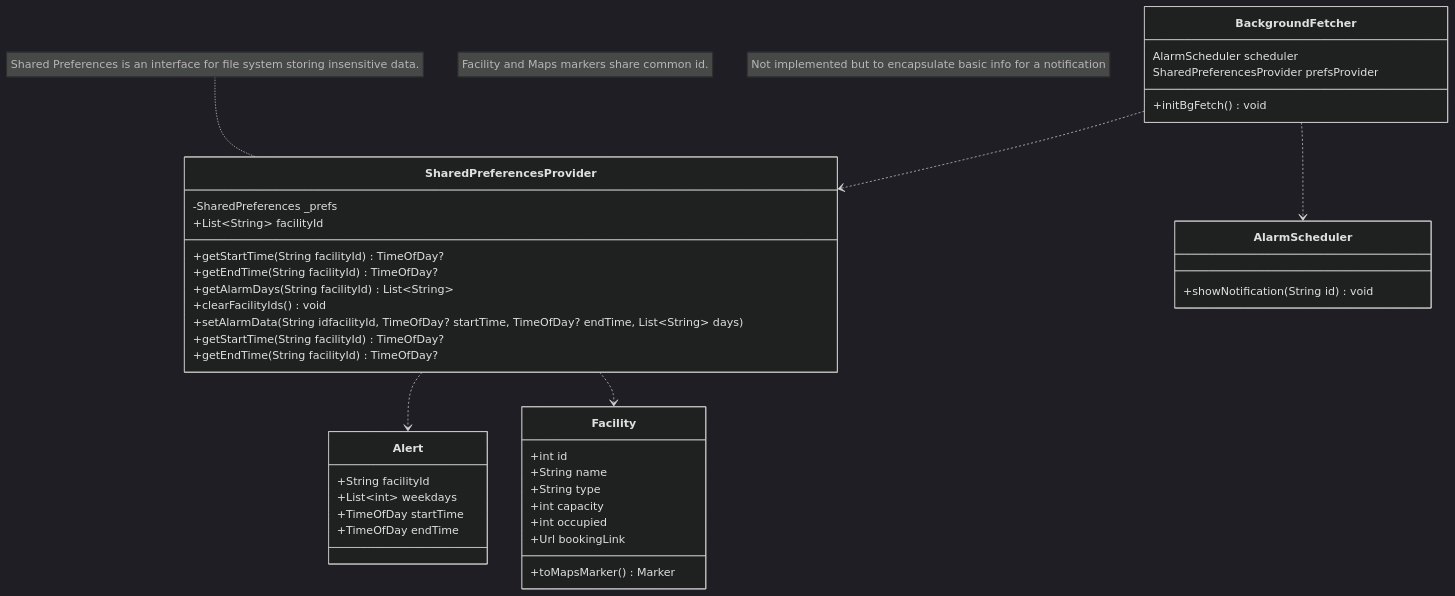
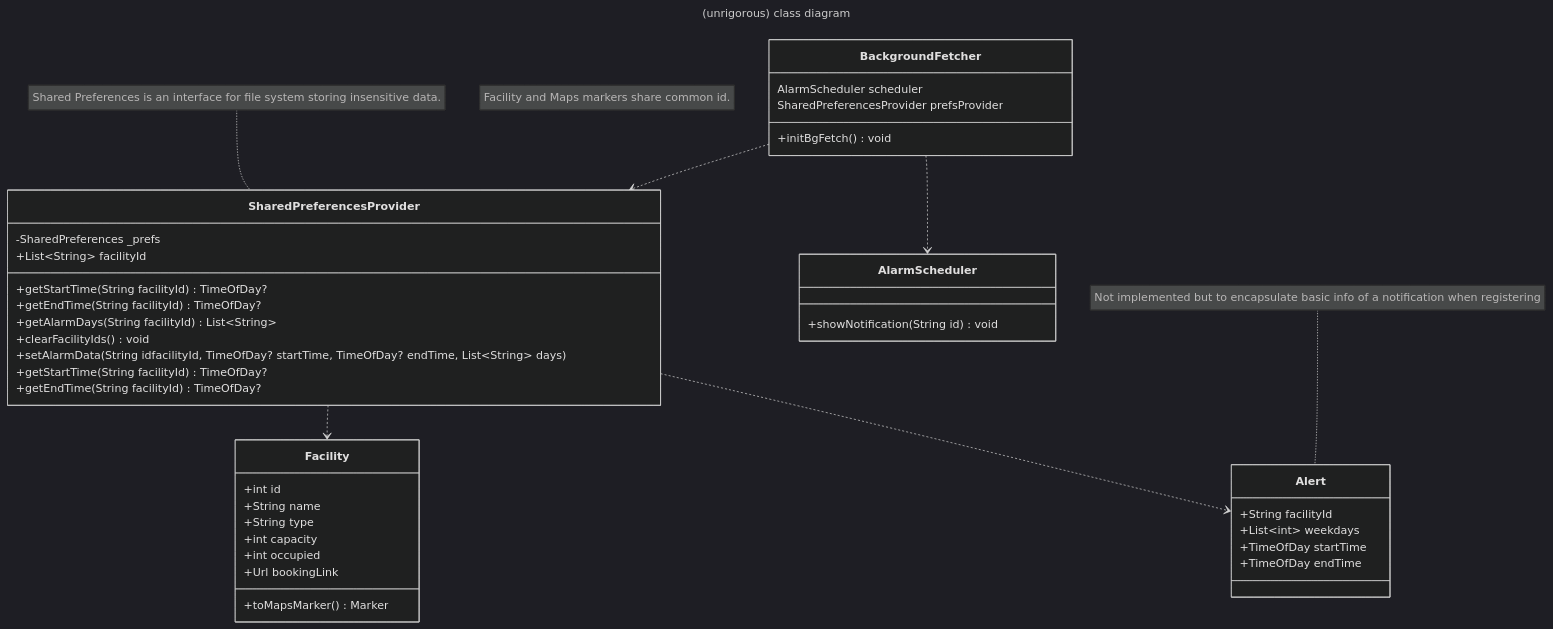
The diagram in class_design.md (LeeHengYu/comp3330-project), drawn with Mermaid (dark theme) before and after one commit.

Commit message:
Update class diagram

````diff
--- a/class_design.md
+++ b/class_design.md
@@ -1,51 +1,54 @@
 ```mermaid
+---
+title: (unrigorous) class diagram
+---
 classDiagram
     note "Facility and Maps markers share common id."
     class Facility {
         +int id
         +String name
         +String type
         +int capacity
         +int occupied
         +Url bookingLink
 
         +toMapsMarker() Marker
     }
 
-    note "Not implemented but to encapsulate basic info for a notification"
+    note for Alert "Not implemented but to encapsulate basic info of a notification when registering"
     class Alert {
         +String facilityId
         +List~int~ weekdays
         +TimeOfDay startTime
         +TimeOfDay endTime
     }
 
     note for SharedPreferencesProvider "Shared Preferences is an interface for file system storing insensitive data."
     class SharedPreferencesProvider {
         -SharedPreferences _prefs
         +List~String~ facilityId
         +getStartTime(String facilityId) TimeOfDay?
         +getEndTime(String facilityId) TimeOfDay?
         +getAlarmDays(String facilityId) List~String~
         +clearFacilityIds() void
         +setAlarmData(String idfacilityId, TimeOfDay? startTime, TimeOfDay? endTime, List~String~ days)
         +getStartTime(String facilityId) TimeOfDay?
         +getEndTime(String facilityId) TimeOfDay?
     }
 
     class AlarmScheduler {
         +showNotification(String id) void
     }
 
     class BackgroundFetcher {
         AlarmScheduler scheduler
         SharedPreferencesProvider prefsProvider
 
         +initBgFetch() void
     }
 
     SharedPreferencesProvider ..> Alert
     SharedPreferencesProvider ..> Facility
     BackgroundFetcher ..> AlarmScheduler
     BackgroundFetcher ..> SharedPreferencesProvider
 ```
````
